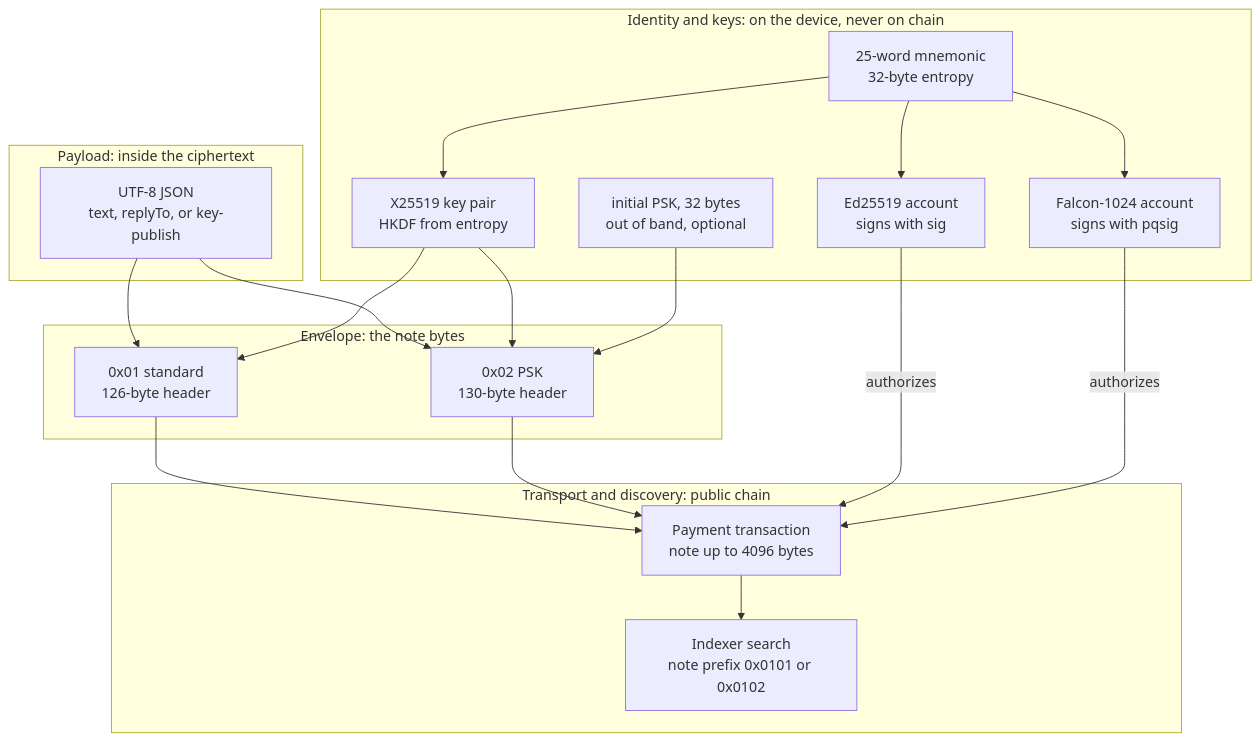
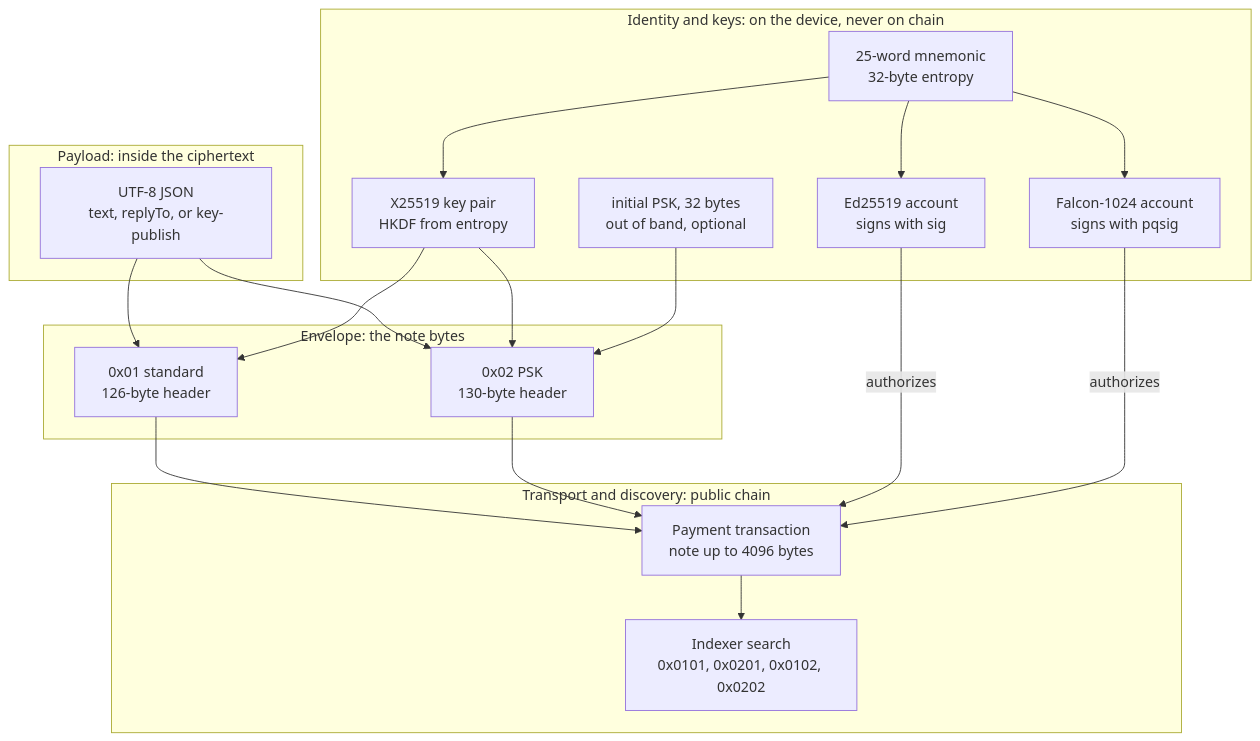
One commit to CorvidLabs/algochat changed the third of 15 diagrams in docs/HLD.md. Above: the diagram before and after it, drawn with Mermaid. The commit also changed other lines of this file and 207 other files, not shown here.

````diff
--- a/docs/HLD.md
+++ b/docs/HLD.md
@@ -96,34 +96,34 @@
 ```mermaid
 flowchart TB
     subgraph L1["Identity and keys: on the device, never on chain"]
         MN["25-word mnemonic<br/>32-byte entropy"]
         XK["X25519 key pair<br/>HKDF from entropy"]
         ED["Ed25519 account<br/>signs with sig"]
         FA["Falcon-1024 account<br/>signs with pqsig"]
         PSK["initial PSK, 32 bytes<br/>out of band, optional"]
     end
     subgraph L2["Payload: inside the ciphertext"]
         PL["UTF-8 JSON<br/>text, replyTo, or key-publish"]
     end
     subgraph L3["Envelope: the note bytes"]
         E1["0x01 standard<br/>126-byte header"]
         E2["0x02 PSK<br/>130-byte header"]
     end
     subgraph L4["Transport and discovery: public chain"]
         TX["Payment transaction<br/>note up to 4096 bytes"]
-        DISC["Indexer search<br/>note prefix 0x0101 or 0x0102"]
+        DISC["Indexer search<br/>0x0101, 0x0201, 0x0102, 0x0202"]
     end
     MN --> XK
     MN --> ED
     MN --> FA
     PL --> E1
     PL --> E2
     XK --> E1
     XK --> E2
     PSK --> E2
     E1 --> TX
     E2 --> TX
     ED -- "authorizes" --> TX
     FA -- "authorizes" --> TX
     TX --> DISC
 ```
````
